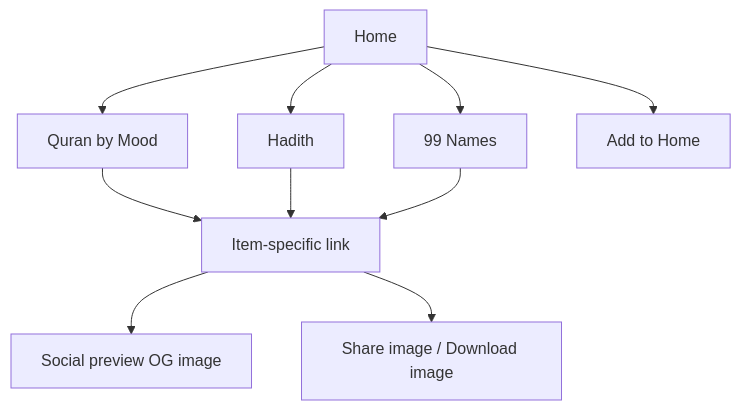
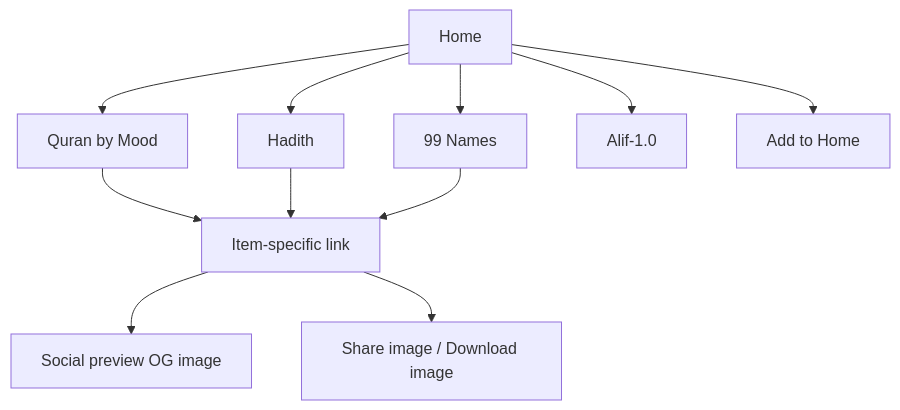
The diagram in README.md (moayaan1911/imanvibes), drawn with Mermaid before and after one commit. The commit also changed other lines of this file and 8 other files, not shown here.

````diff
--- a/README.md
+++ b/README.md
@@ -52,12 +57,13 @@
 ```mermaid
 flowchart TD
   A[Home] --> B[Quran by Mood]
   A --> C[Hadith]
   A --> D[99 Names]
+  A --> I[Alif-1.0]
   B --> E[Item-specific link]
   C --> E
   D --> E
   E --> F[Social preview OG image]
   E --> G[Share image / Download image]
   A --> H[Add to Home]
 ```
````
